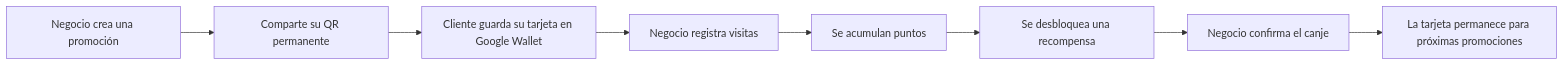
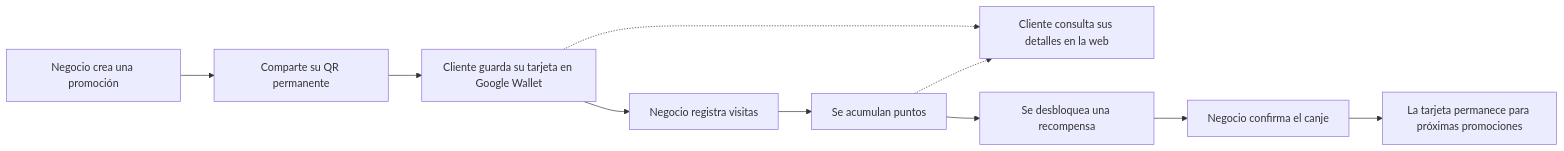
The first of 3 diagrams in README.md (spardobo/fidelitopass), drawn with Mermaid before and after one commit. The commit also changed other lines of this file and 2 other files, not shown here.

````diff
--- a/README.md
+++ b/README.md
@@ -22,10 +22,12 @@
 ```mermaid
 flowchart LR
     A[Negocio crea una promoción] --> B[Comparte su QR permanente]
     B --> C[Cliente guarda su tarjeta en Google Wallet]
     C --> D[Negocio registra visitas]
+    C -.-> I[Cliente consulta sus detalles en la web]
     D --> E[Se acumulan puntos]
+    E -.-> I
     E --> F[Se desbloquea una recompensa]
     F --> G[Negocio confirma el canje]
     G --> H[La tarjeta permanece para próximas promociones]
 ```
````
